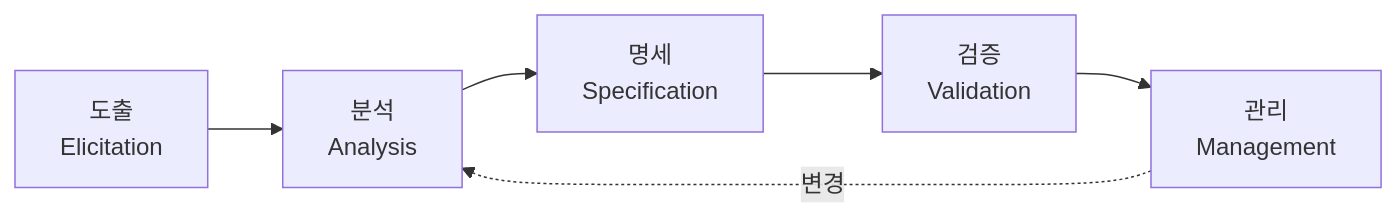
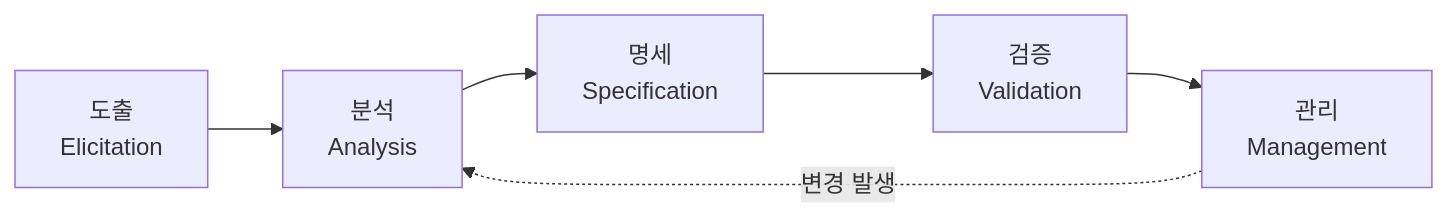
The diagram in content/requirements-engineering.md (coninggu/wjdqhrhksflrltnftk), drawn with Mermaid before and after one commit. The commit also changed other lines of this file and 3 other files, not shown here.

````diff
--- a/content/requirements-engineering.md
+++ b/content/requirements-engineering.md
@@ -15,8 +13,8 @@
 ```mermaid
 flowchart LR
   E[도출<br/>Elicitation] --> A[분석<br/>Analysis]
   A --> S[명세<br/>Specification]
   S --> V[검증<br/>Validation]
   V --> M[관리<br/>Management]
-  M -.변경.-> A
+  M -.변경 발생.-> A
 ```
````
